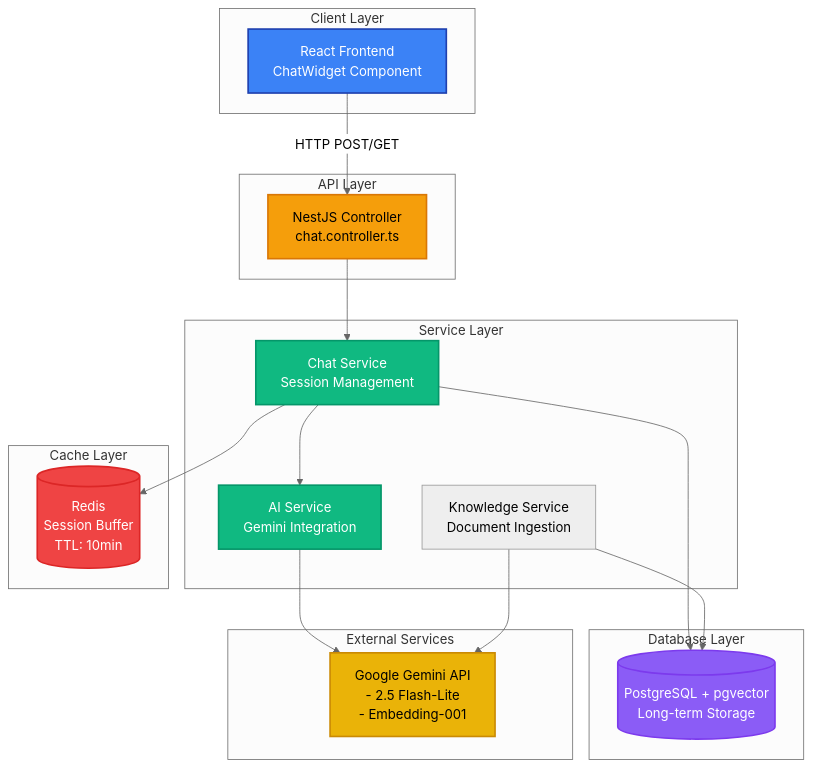
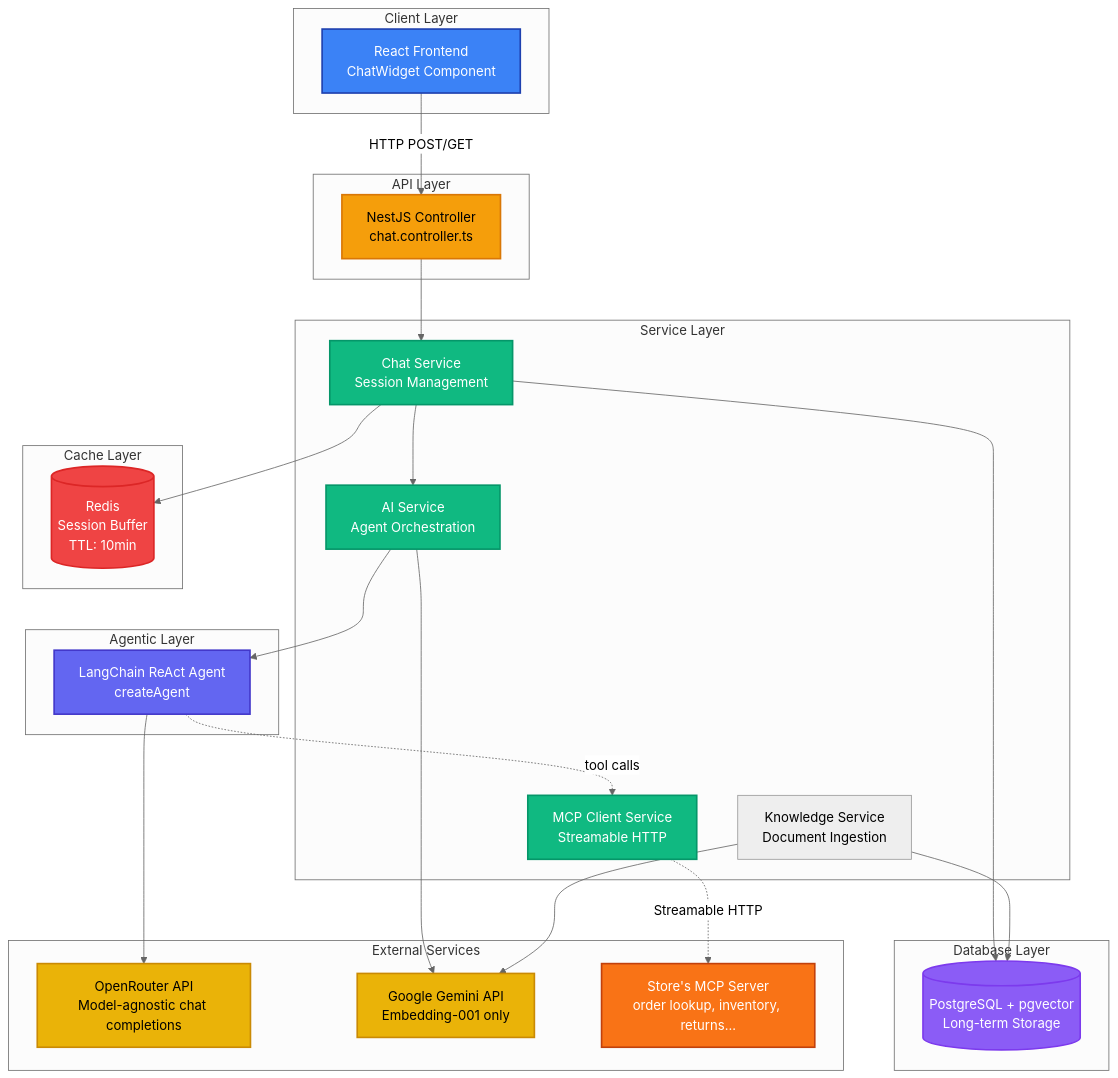
One commit to Rohit1419/Customer-Support-AI-Agent changed the first of 2 diagrams in Readme.md. Above: the diagram before and after it, drawn with Mermaid (neutral theme). The commit also changed other lines of this file, not shown here.

Commit message:
feat: enhance README with agentic tool-calling and model-agnostic inference details

````diff
--- a/Readme.md
+++ b/Readme.md
@@ -21,45 +24,60 @@
 ```mermaid
 graph TB
     subgraph "Client Layer"
         UI[React Frontend<br/>ChatWidget Component]
     end
 
     subgraph "API Layer"
         Controller[NestJS Controller<br/>chat.controller.ts]
     end
 
     subgraph "Service Layer"
         ChatService[Chat Service<br/>Session Management]
-        AIService[AI Service<br/>Gemini Integration]
+        AIService[AI Service<br/>Agent Orchestration]
         KnowledgeService[Knowledge Service<br/>Document Ingestion]
+        McpClient[MCP Client Service<br/>Streamable HTTP]
+    end
+
+    subgraph "Agentic Layer"
+        Agent[LangChain ReAct Agent<br/>createAgent]
     end
 
     subgraph "Cache Layer"
         Redis[(Redis<br/>Session Buffer<br/>TTL: 10min)]
     end
 
     subgraph "Database Layer"
         Postgres[(PostgreSQL + pgvector<br/>Long-term Storage)]
     end
 
     subgraph "External Services"
-        Gemini[Google Gemini API<br/>- 2.5 Flash-Lite<br/>- Embedding-001]
+        OpenRouter[OpenRouter API<br/>Model-agnostic chat completions]
+        Gemini[Google Gemini API<br/>Embedding-001 only]
+        StoreMCP[Store's MCP Server<br/>order lookup, inventory, returns...]
     end
 
     UI -->|HTTP POST/GET| Controller
     Controller --> ChatService
     ChatService --> AIService
     ChatService --> Redis
     ChatService --> Postgres
+    AIService --> Agent
+    Agent --> OpenRouter
+    Agent -.tool calls.-> McpClient
+    McpClient -.Streamable HTTP.-> StoreMCP
     AIService --> Gemini
     KnowledgeService --> Gemini
     KnowledgeService --> Postgres
 
     style UI fill:#3b82f6,stroke:#1e40af,stroke-width:2px,color:#fff
     style Controller fill:#f59e0b,stroke:#d97706,stroke-width:2px,color:#000
     style ChatService fill:#10b981,stroke:#059669,stroke-width:2px,color:#fff
     style AIService fill:#10b981,stroke:#059669,stroke-width:2px,color:#fff
+    style McpClient fill:#10b981,stroke:#059669,stroke-width:2px,color:#fff
+    style Agent fill:#6366f1,stroke:#4338ca,stroke-width:2px,color:#fff
     style Redis fill:#ef4444,stroke:#dc2626,stroke-width:2px,color:#fff
     style Postgres fill:#8b5cf6,stroke:#7c3aed,stroke-width:2px,color:#fff
     style Gemini fill:#eab308,stroke:#ca8a04,stroke-width:2px,color:#000
+    style OpenRouter fill:#eab308,stroke:#ca8a04,stroke-width:2px,color:#000
+    style StoreMCP fill:#f97316,stroke:#c2410c,stroke-width:2px,color:#fff
 ```
````
